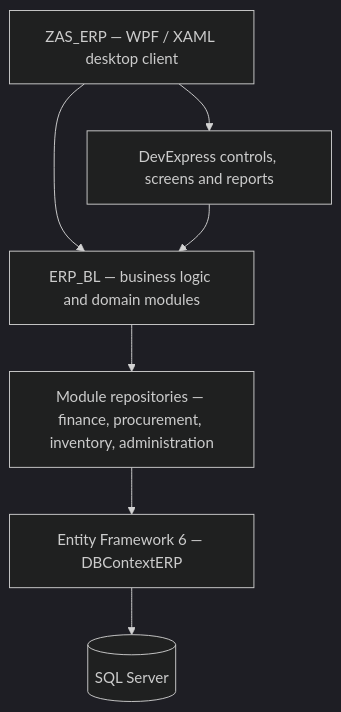
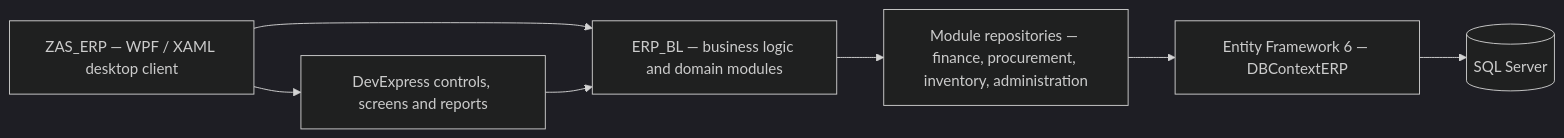
Before and after one commit to talhajavedawan/portfolio: the diagram in README.md, drawn with Mermaid (dark theme).

Commit message:
Display Customised ERP architecture horizontally

````diff
--- a/README.md
+++ b/README.md
@@ -31,9 +31,9 @@
 ```mermaid
-flowchart TD
+flowchart LR
     UI["ZAS_ERP — WPF / XAML desktop client"] --> Screens["DevExpress controls, screens and reports"]
     UI --> BL["ERP_BL — business logic and domain modules"]
     Screens --> BL
     BL --> Repos["Module repositories — finance, procurement, inventory, administration"]
     Repos --> EF["Entity Framework 6 — DBContextERP"]
     EF --> SQL[("SQL Server")]
 ```
````
